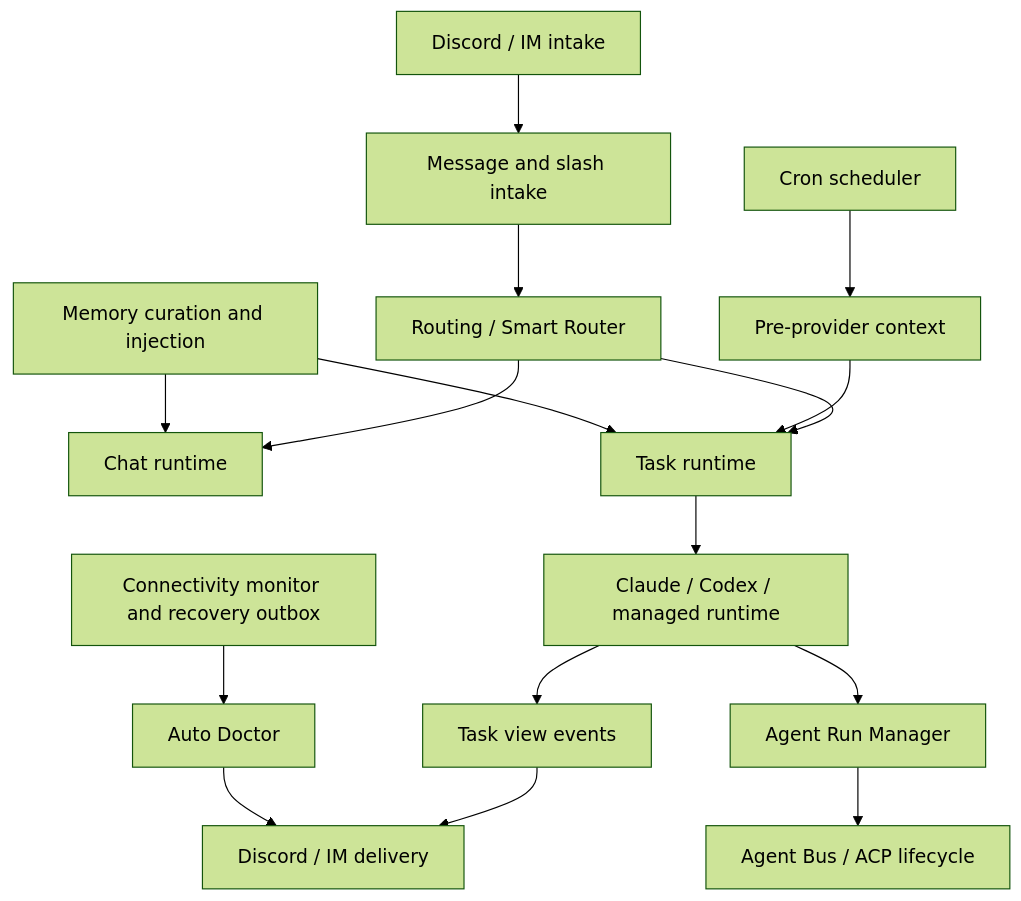
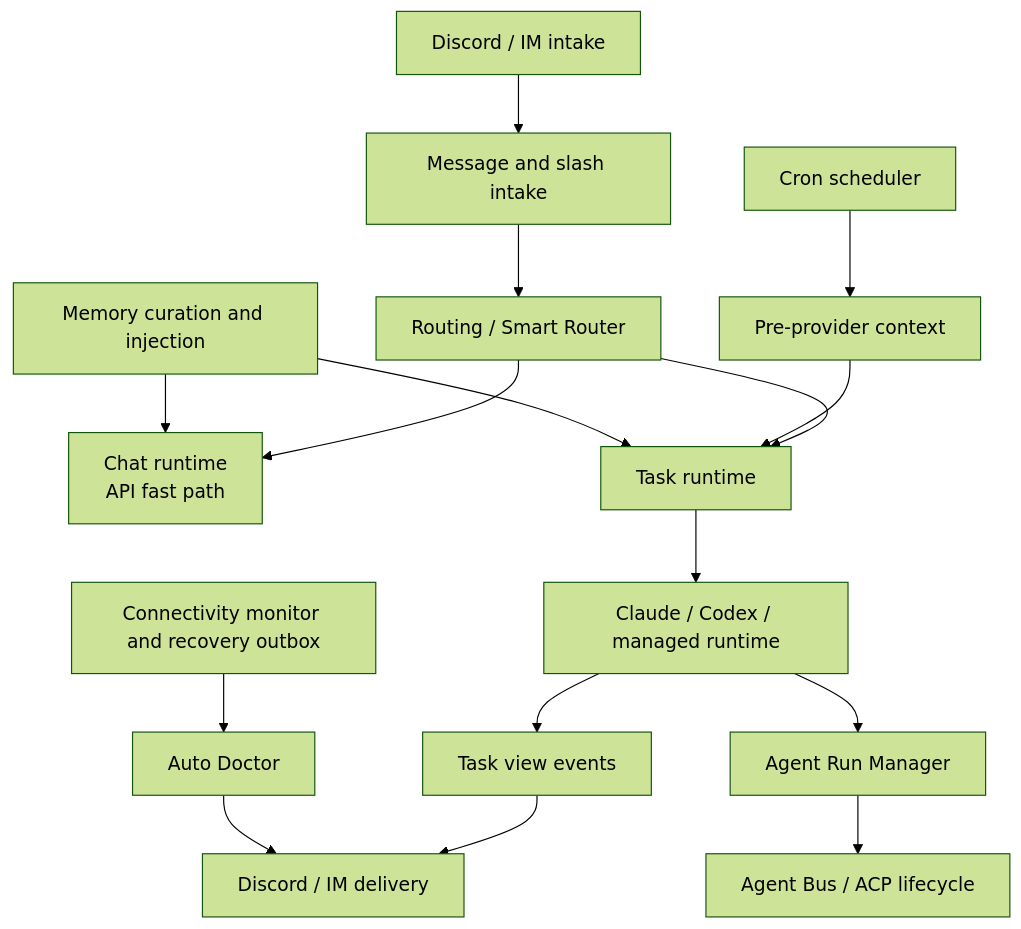
Before and after one commit to yuanyunfan/miniclaw: the first of 3 diagrams in docs/runtime/README.md, drawn with Mermaid (forest theme). The commit also changed other lines of this file and 9 other files, not shown here.

````diff
--- a/docs/runtime/README.md
+++ b/docs/runtime/README.md
@@ -7,18 +7,18 @@
 ```mermaid
 flowchart TD
   Discord[Discord / IM intake] --> Intake[Message and slash intake]
   Intake --> Router[Routing / Smart Router]
-  Router --> Chat[Chat runtime]
+  Router --> Chat[Chat runtime<br/>API fast path]
   Router --> Task[Task runtime]
   Cron[Cron scheduler] --> ProviderContext[Pre-provider context]
   ProviderContext --> Task
   Task --> AgentRuntime[Claude / Codex / managed runtime]
   AgentRuntime --> TaskEvents[Task view events]
   TaskEvents --> Delivery[Discord / IM delivery]
   Memory[Memory curation and injection] --> Chat
   Memory --> Task
   Connectivity[Connectivity monitor and recovery outbox] --> Ops[Auto Doctor]
   Ops --> Delivery
   AgentRuntime --> Manager[Agent Run Manager]
   Manager --> AgentBus[Agent Bus / ACP lifecycle]
 ```
````
